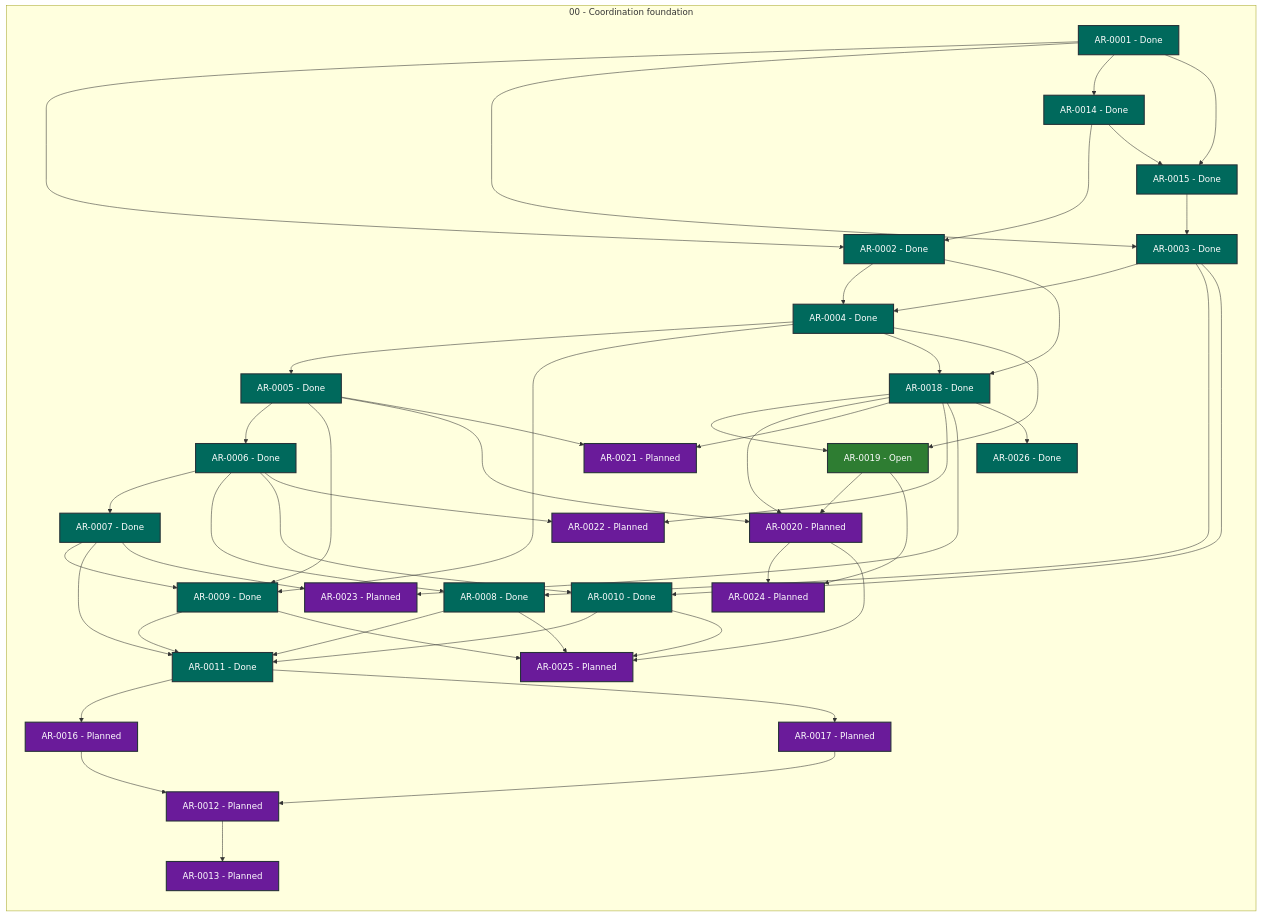
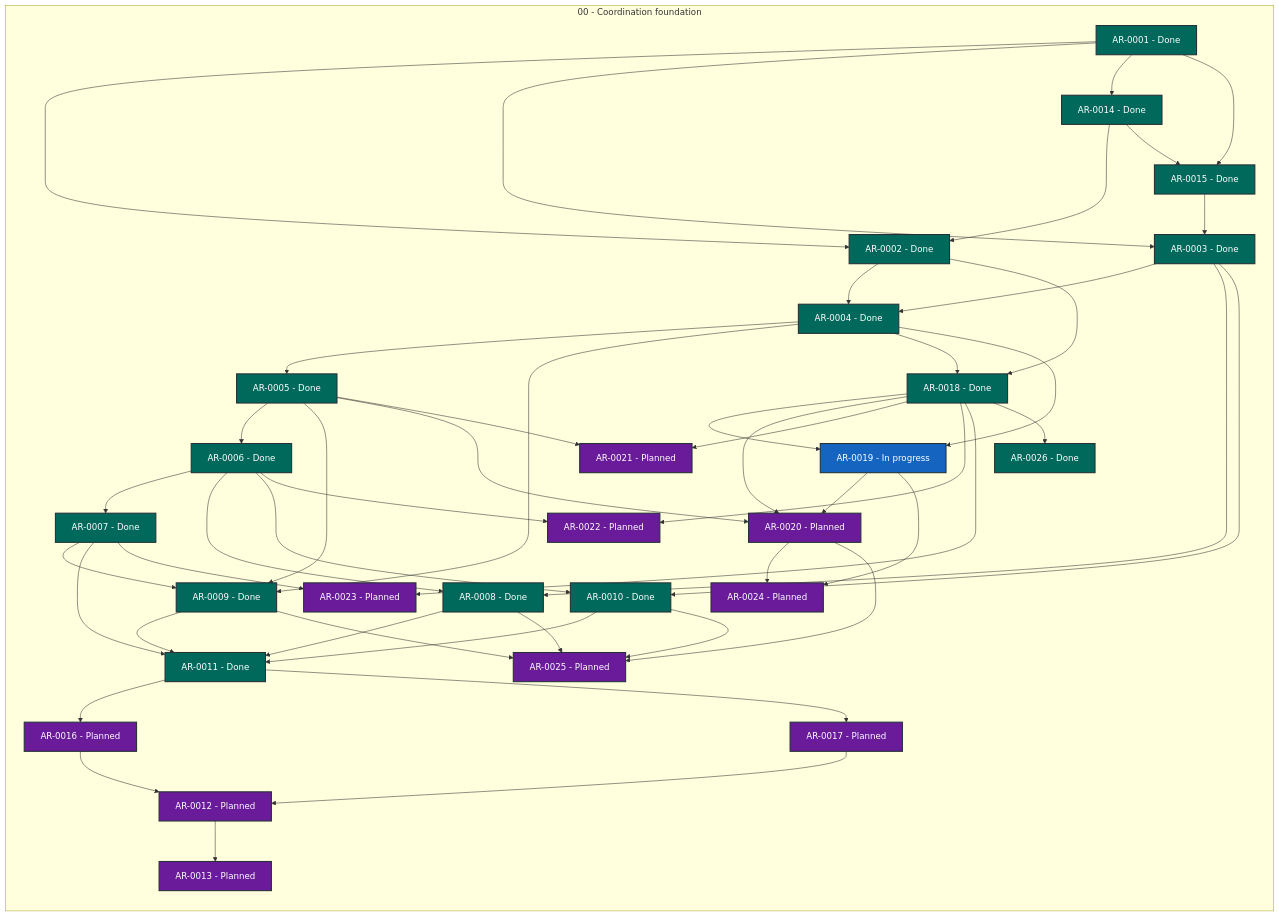
Before and after one commit to martin-beck/agent-workflow-tui-state: the diagram in STATUS.md, drawn with Mermaid. The commit also changed other lines of this file and 2 other files, not shown here.

```diff
--- a/STATUS.md
+++ b/STATUS.md
@@ -46,7 +46,7 @@
         AR_0016["AR-0016 - Planned"]:::status_planned
         AR_0017["AR-0017 - Planned"]:::status_planned
         AR_0018["AR-0018 - Done"]:::status_done
-        AR_0019["AR-0019 - Open"]:::status_open
+        AR_0019["AR-0019 - In progress"]:::status_in_progress
         AR_0020["AR-0020 - Planned"]:::status_planned
         AR_0021["AR-0021 - Planned"]:::status_planned
         AR_0022["AR-0022 - Planned"]:::status_planned
```
